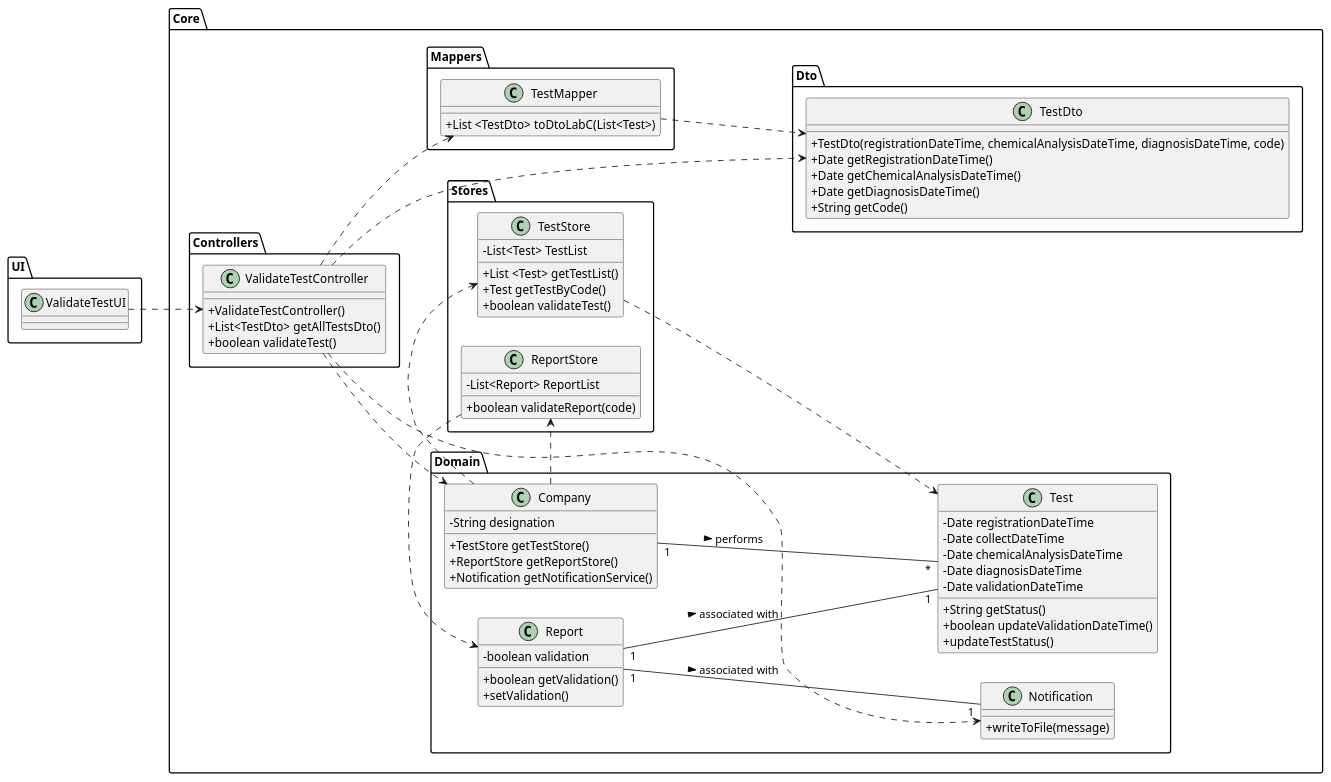
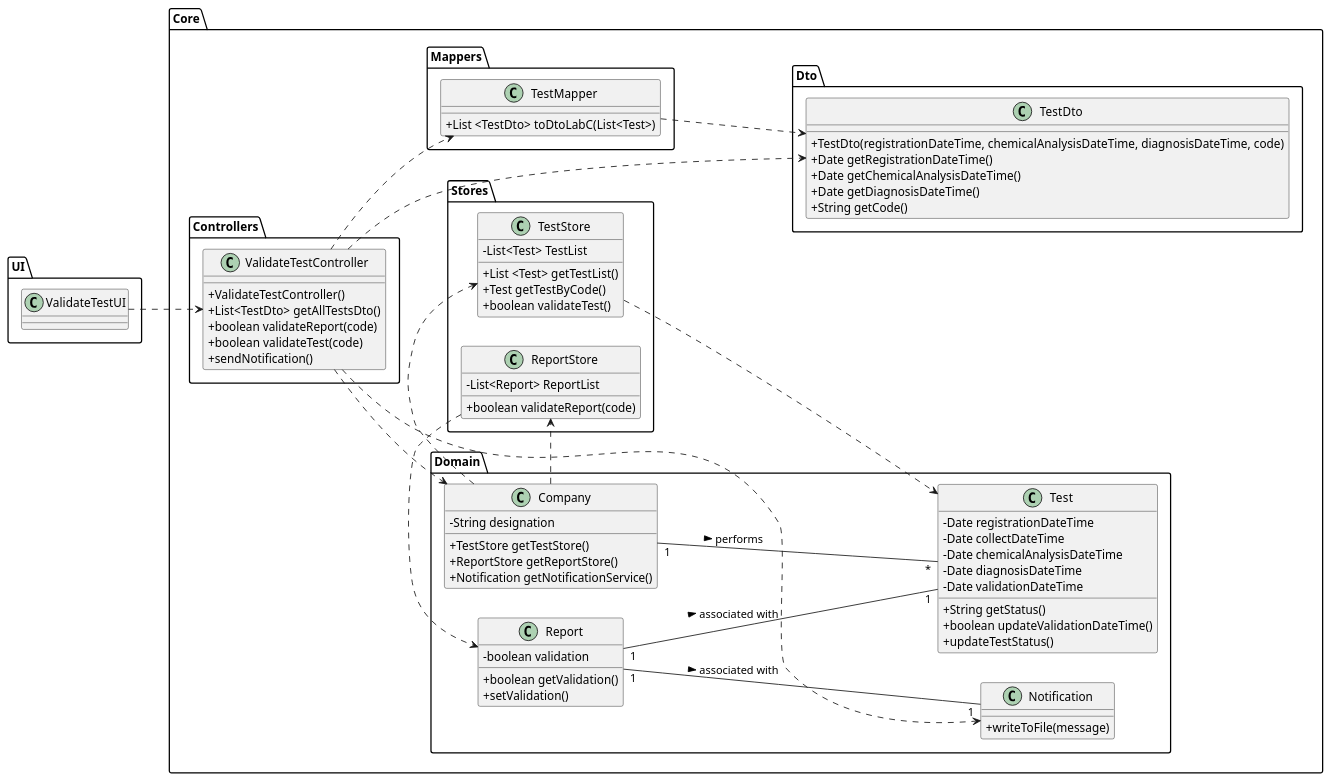
The diagram in docs/SprintC/US15/US15-CD.puml (0franciscor/lei-21-s2-1de-g19), drawn with PlantUML before and after one commit. The commit also changed 3 other files, not shown here.

Commit message:
[US15] - Alteração de Diagramas para correção de erros.

```diff
--- a/docs/SprintC/US15/US15-CD.puml
+++ b/docs/SprintC/US15/US15-CD.puml
@@ -1,109 +1,111 @@
 @startuml
 skinparam classAttributeIconSize 0
 left to right direction
 
 package Core{
 
 package Domain{
 class "Company" as C {
 -String designation
 +TestStore getTestStore()
 +ReportStore getReportStore()
 +Notification getNotificationService()
 }
 
 class "Test" as T {
 -Date registrationDateTime
 -Date collectDateTime
 -Date chemicalAnalysisDateTime
 -Date diagnosisDateTime
 -Date validationDateTime
 +String getStatus()
 +boolean updateValidationDateTime()
 +updateTestStatus()
 }
 
 class "Report" as R{
 -boolean validation
 +boolean getValidation()
 +setValidation()
 }
 
 class "Notification" as N{
 + writeToFile(message)
 }
 
 }
 
 package Stores{
 class "TestStore" as TS{
 -List<Test> TestList
 +List <Test> getTestList()
 +Test getTestByCode()
 +boolean validateTest()
 }
 
 class "ReportStore" as RS{
 -List<Report> ReportList
 +boolean validateReport(code)
 }
 }
 
 package Controllers{
 class "ValidateTestController" as VTC {
 +ValidateTestController()
 +List<TestDto> getAllTestsDto()
-+boolean validateTest()
++boolean validateReport(code)
++boolean validateTest(code)
++sendNotification()
 }
 
 
 
 
 
 }
 
 package Mappers{
 class "TestMapper" as tM{
 +List <TestDto> toDtoLabC(List<Test>)
 }
 
 }
 
 
 package Dto{
 class "TestDto" as tDto{
 +TestDto(registrationDateTime, chemicalAnalysisDateTime, diagnosisDateTime, code)
 +Date getRegistrationDateTime()
 +Date getChemicalAnalysisDateTime()
 +Date getDiagnosisDateTime()
 +String getCode()
 }
 
 
 
 }
 
 }
 package UI{
 class "ValidateTestUI" as VTUI
 }
 
 VTUI ..> VTC
 
 C ..> TS
 C ..> RS
 VTC ..> C
 VTC ..> tM
 VTC ..> tDto
 VTC ..> N
 
 TS ..> T
 tM ..> tDto
 
 C "1" -- "*" T : > performs
 
 RS ..> R
 R "1" -- "1" T : > associated with
 R "1" -- "1" N : > associated with
 
 @enduml
```
